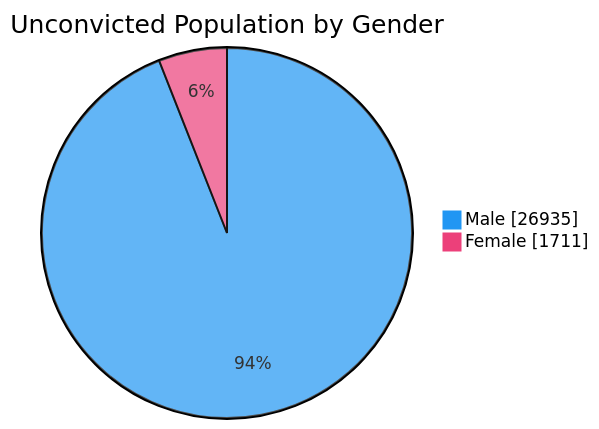
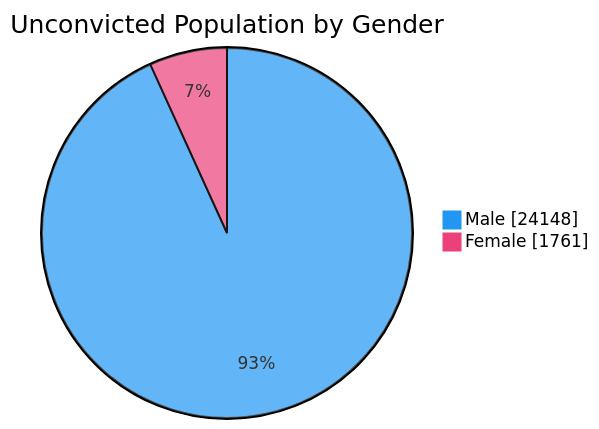
Before and after one commit to nuuuwan/lk_prisons: the fourth of 7 diagrams in README.md, drawn with Mermaid. The commit also changed other lines of this file and 1 other file, not shown here.

````diff
--- a/README.md
+++ b/README.md
@@ -76,6 +76,6 @@
 ```mermaid
 %%{init: {'themeVariables': {'pie1': '#2196F3', 'pie2': '#EC407A'}}}%%
 pie showData title Unconvicted Population by Gender
-    "Male" : 26935
-    "Female" : 1711
+    "Male" : 24148
+    "Female" : 1761
 ```
````
